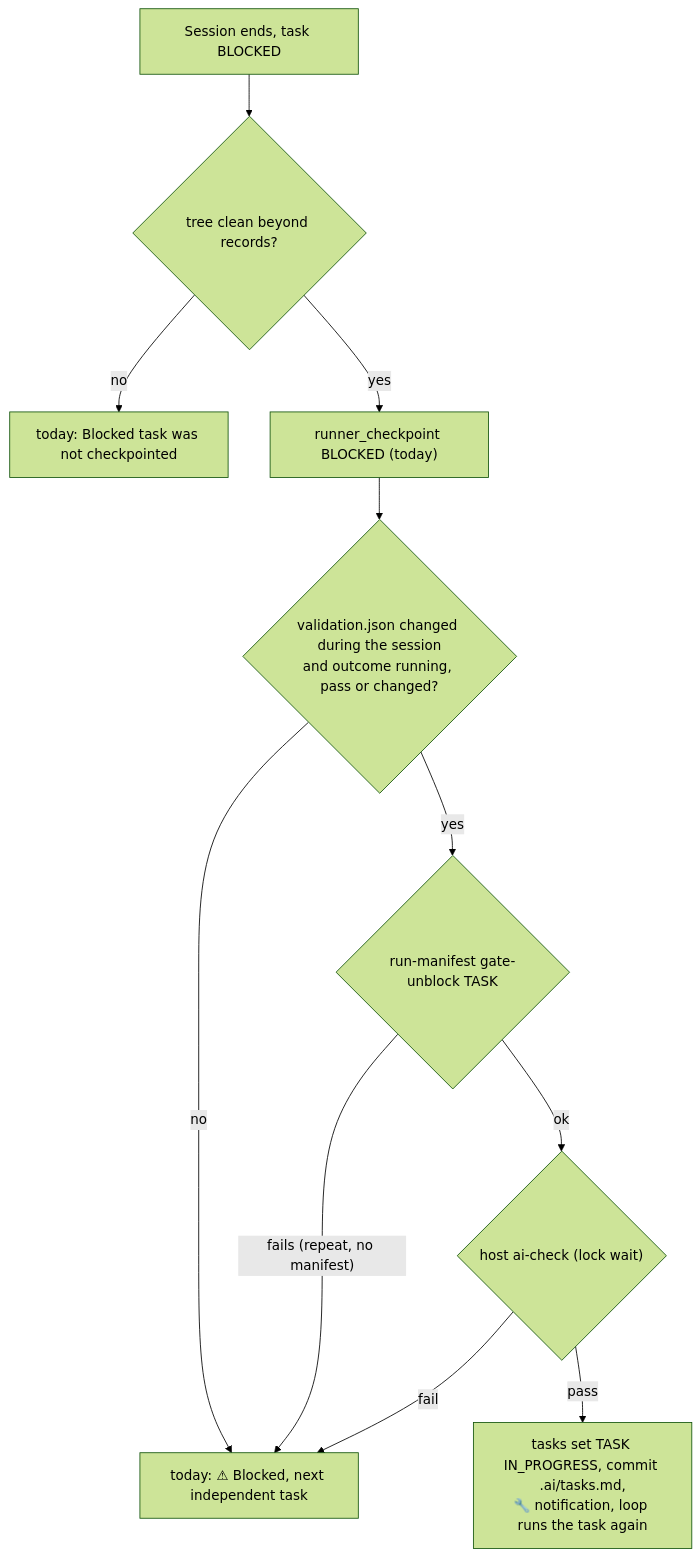
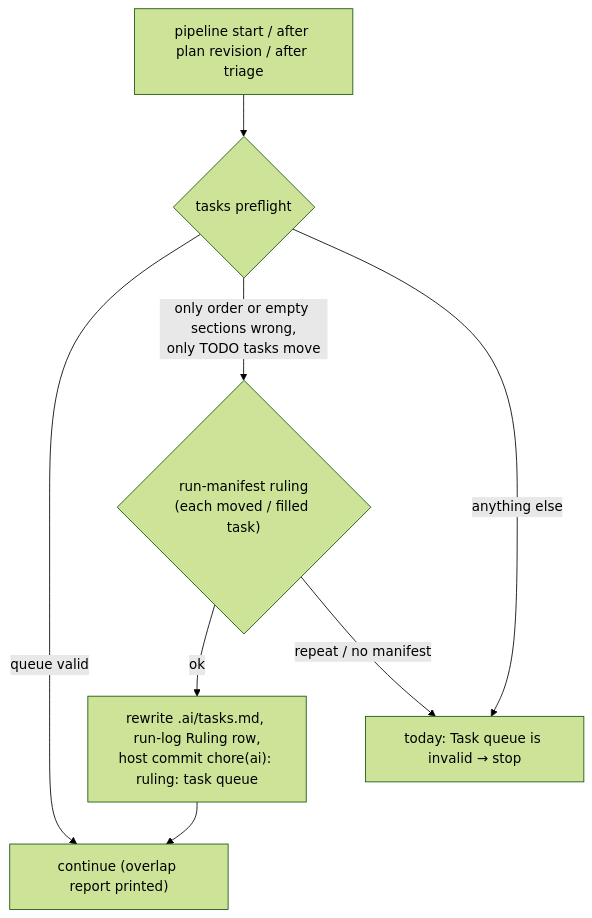
The first of 2 diagrams in .ai/current-plan.md (Muf454/agents), drawn with Mermaid (forest theme) before and after one commit. The commit also changed other lines of this file and 4 other files, not shown here.

````diff
--- a/.ai/current-plan.md
+++ b/.ai/current-plan.md
@@ -48,13 +31,9 @@
 ```mermaid
 flowchart TD
-  s["Session ends, task BLOCKED"] --> clean{"tree clean beyond records?"}
-  clean -- no --> die["today: Blocked task was not checkpointed"]
-  clean -- yes --> ck["runner_checkpoint BLOCKED (today)"]
-  ck --> ran{"validation.json changed during the session<br/>and outcome running, pass or changed?"}
-  ran -- no --> today["today: ⚠ Blocked, next independent task"]
-  ran -- yes --> claim{"run-manifest gate-unblock TASK"}
-  claim -- "fails (repeat, no manifest)" --> today
-  claim -- ok --> gate{"host ai-check (lock wait)"}
-  gate -- fail --> today
-  gate -- pass --> back["tasks set TASK IN_PROGRESS, commit .ai/tasks.md,<br/>🔧 notification, loop runs the task again"]
+  start["pipeline start / after plan revision / after triage"] --> pf{"tasks preflight"}
+  pf -- "queue valid" --> ok["continue (overlap report printed)"]
+  pf -- "only order or empty sections wrong,<br/>only TODO tasks move" --> claim{"run-manifest ruling<br/>(each moved / filled task)"}
+  claim -- ok --> fix["rewrite .ai/tasks.md, run-log Ruling row,<br/>host commit chore(ai): ruling: task queue"] --> ok
+  claim -- "repeat / no manifest" --> stop["today: Task queue is invalid → stop"]
+  pf -- "anything else" --> stop
 ```
````
